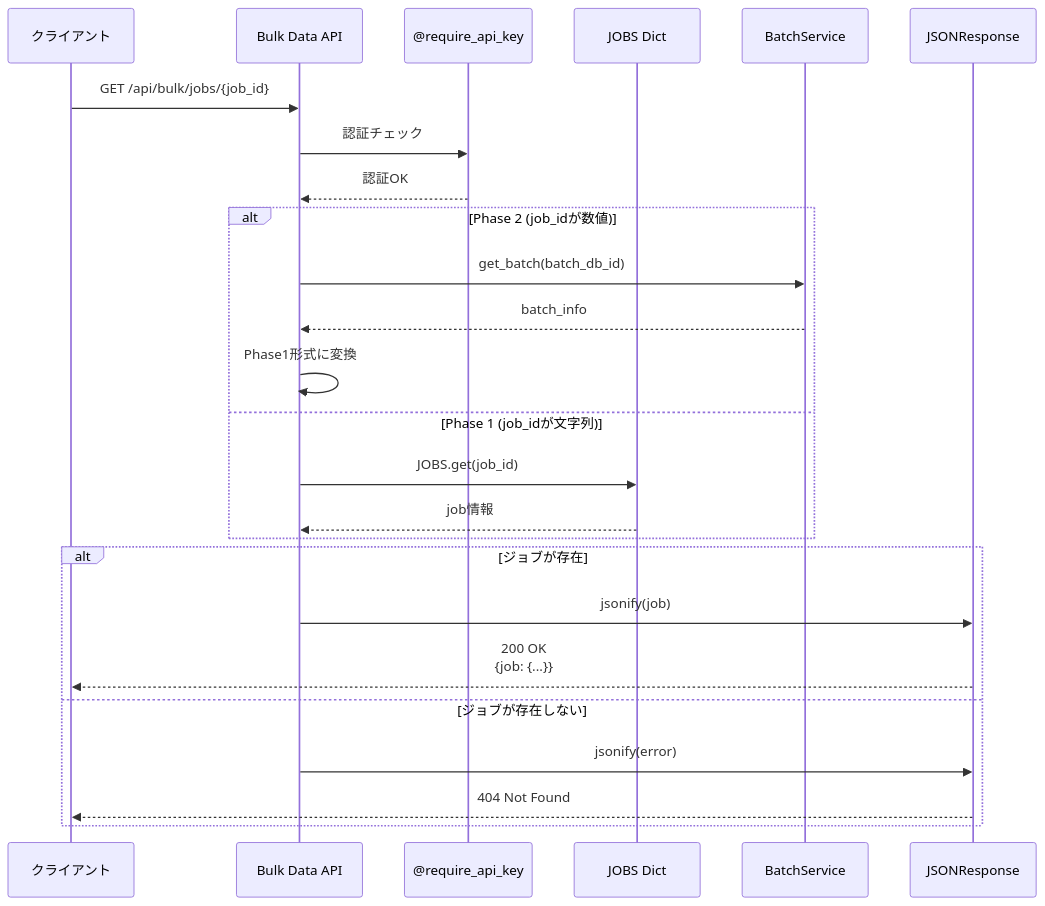
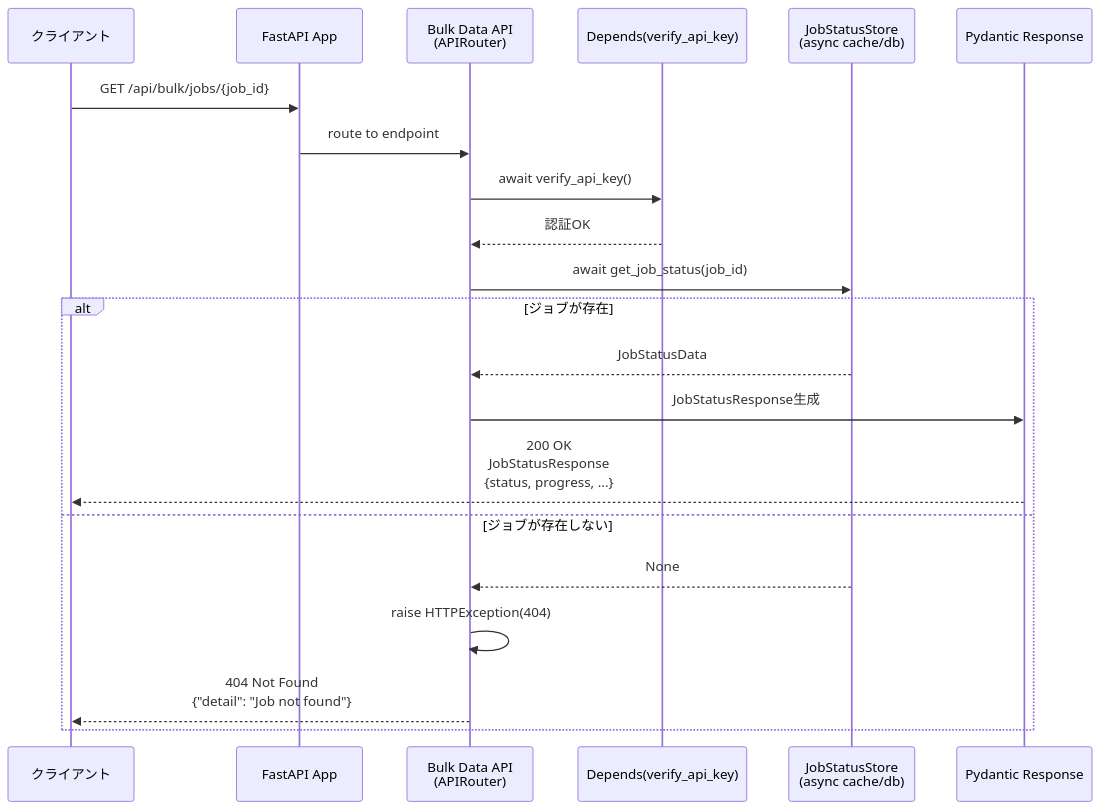
One commit to TIMMY-WEST/STOCK-INVESTMENT-ANALYZER changed the sixth of 6 diagrams in docs/architecture/layers/api_layer.md. Above: the diagram before and after it, drawn with Mermaid. The commit also changed other lines of this file and 1 other file, not shown here.

````diff
--- a/docs/architecture/layers/api_layer.md
+++ b/docs/architecture/layers/api_layer.md
@@ -344,30 +395,27 @@
 ```mermaid
 sequenceDiagram
     participant Client as クライアント
-    participant BulkAPI as Bulk Data API
-    participant Auth as @require_api_key
-    participant JOBS as JOBS Dict
-    participant BatchSvc as BatchService
-    participant Response as JSONResponse
+    participant FastAPI as FastAPI App
+    participant BulkAPI as Bulk Data API<br/>(APIRouter)
+    participant Auth as Depends(verify_api_key)
+    participant JobStore as JobStatusStore<br/>(async cache/db)
+    participant Pydantic as Pydantic Response
 
-    Client->>BulkAPI: GET /api/bulk/jobs/{job_id}
-    BulkAPI->>Auth: 認証チェック
+    Client->>FastAPI: GET /api/bulk/jobs/{job_id}
+    FastAPI->>BulkAPI: route to endpoint
+
+    BulkAPI->>Auth: await verify_api_key()
     Auth-->>BulkAPI: 認証OK
 
-    alt Phase 2 (job_idが数値)
-        BulkAPI->>BatchSvc: get_batch(batch_db_id)
-        BatchSvc-->>BulkAPI: batch_info
-        BulkAPI->>BulkAPI: Phase1形式に変換
-    else Phase 1 (job_idが文字列)
-        BulkAPI->>JOBS: JOBS.get(job_id)
-        JOBS-->>BulkAPI: job情報
-    end
+    BulkAPI->>JobStore: await get_job_status(job_id)
 
     alt ジョブが存在
-        BulkAPI->>Response: jsonify(job)
-        Response-->>Client: 200 OK<br/>{job: {...}}
+        JobStore-->>BulkAPI: JobStatusData
+        BulkAPI->>Pydantic: JobStatusResponse生成
+        Pydantic-->>Client: 200 OK<br/>JobStatusResponse<br/>{status, progress, ...}
     else ジョブが存在しない
-        BulkAPI->>Response: jsonify(error)
-        Response-->>Client: 404 Not Found
+        JobStore-->>BulkAPI: None
+        BulkAPI->>BulkAPI: raise HTTPException(404)
+        BulkAPI-->>Client: 404 Not Found<br/>{"detail": "Job not found"}
     end
 ```
````
